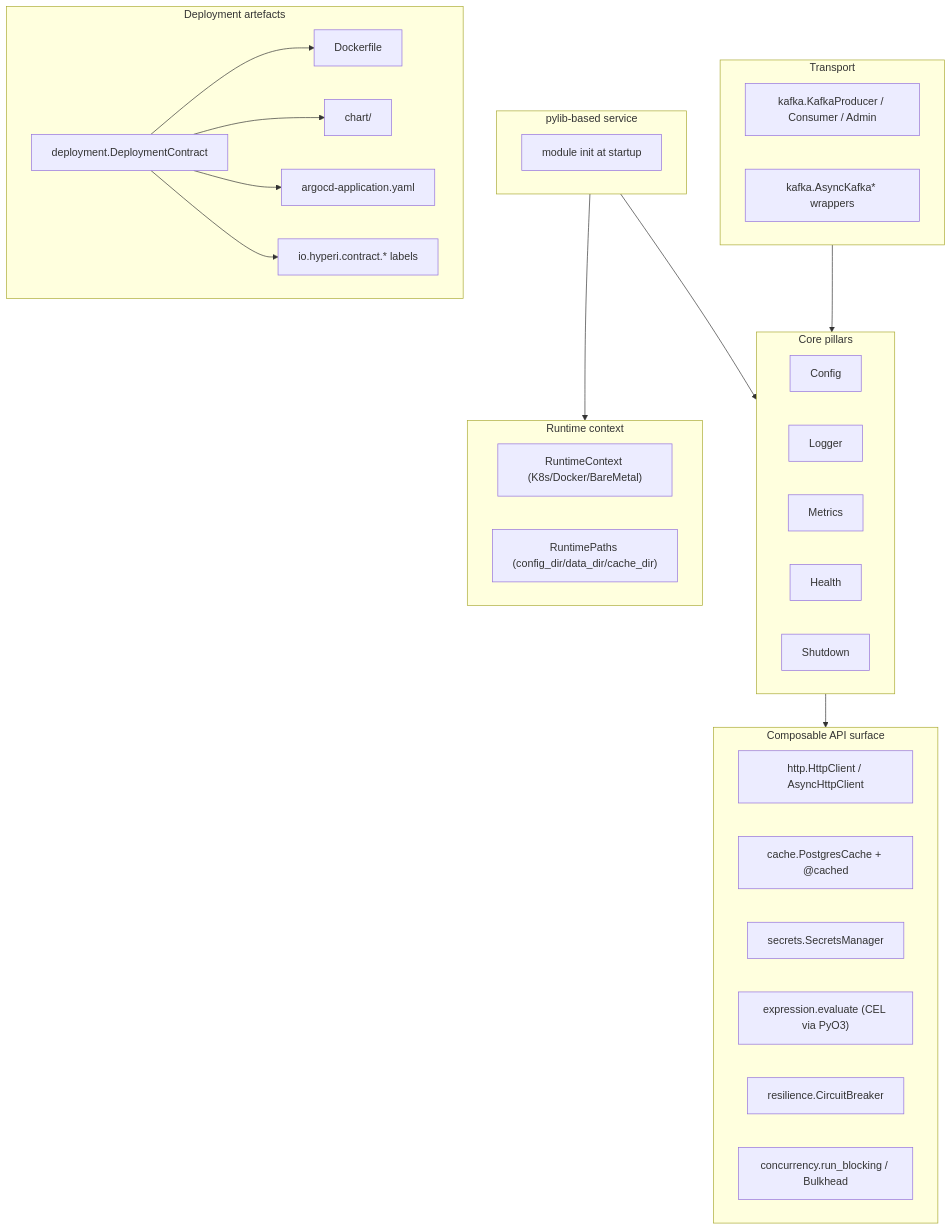
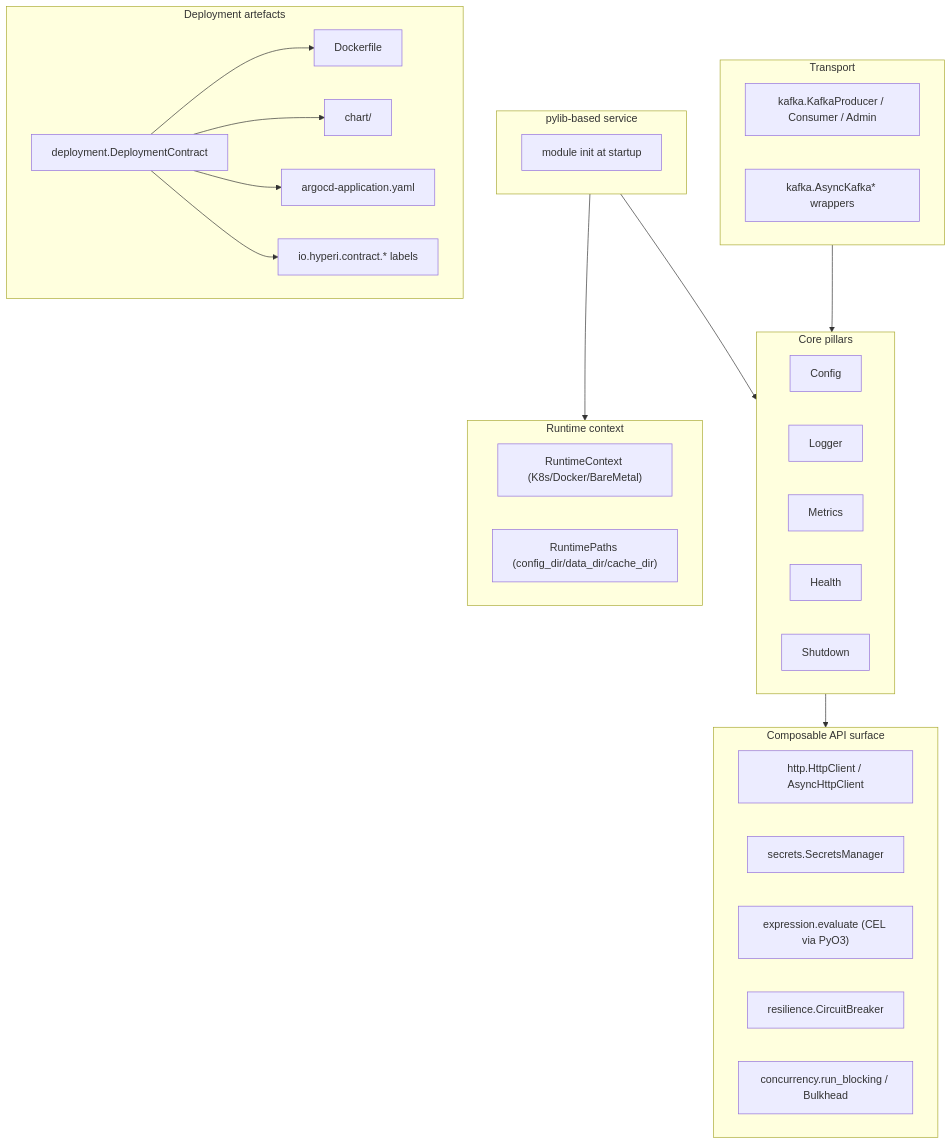
Before and after one commit to hyperi-io/scalo-py: the diagram in docs/README.md, drawn with Mermaid. The commit also changed other lines of this file and 26 other files, not shown here.

````diff
--- a/docs/README.md
+++ b/docs/README.md
@@ -37,50 +37,49 @@
 ```mermaid
 flowchart TB
     subgraph App["pylib-based service"]
         Init["module init at startup"]
     end
 
     subgraph Pillars["Core pillars"]
         Config
         Logger
         Metrics
         Health
         Shutdown
     end
 
     subgraph Runtime["Runtime context"]
         RC["RuntimeContext (K8s/Docker/BareMetal)"]
         Paths["RuntimePaths (config_dir/data_dir/cache_dir)"]
     end
 
     subgraph API["Composable API surface"]
         HTTP["http.HttpClient / AsyncHttpClient"]
-        Cache["cache.PostgresCache + @cached"]
         Secrets["secrets.SecretsManager"]
         Expr["expression.evaluate (CEL via PyO3)"]
         Resil["resilience.CircuitBreaker"]
         Conc["concurrency.run_blocking / Bulkhead"]
     end
 
     subgraph Transport["Transport"]
         Kafka["kafka.KafkaProducer / Consumer / Admin"]
         AsyncKafka["kafka.AsyncKafka* wrappers"]
     end
 
     subgraph Deploy["Deployment artefacts"]
         DC["deployment.DeploymentContract"]
         DF["Dockerfile"]
         CH["chart/"]
         AC["argocd-application.yaml"]
         ID["io.hyperi.contract.* labels"]
     end
 
     App --> Pillars
     App --> Runtime
     Pillars --> API
     Transport --> Pillars
     DC --> DF
     DC --> CH
     DC --> AC
     DC --> ID
 ```
````
